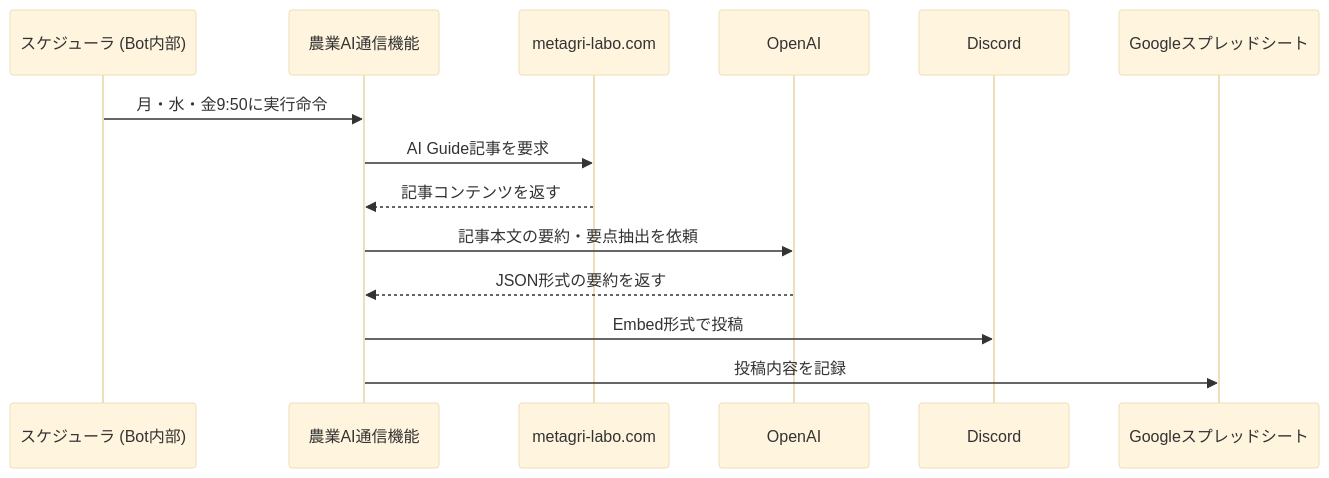
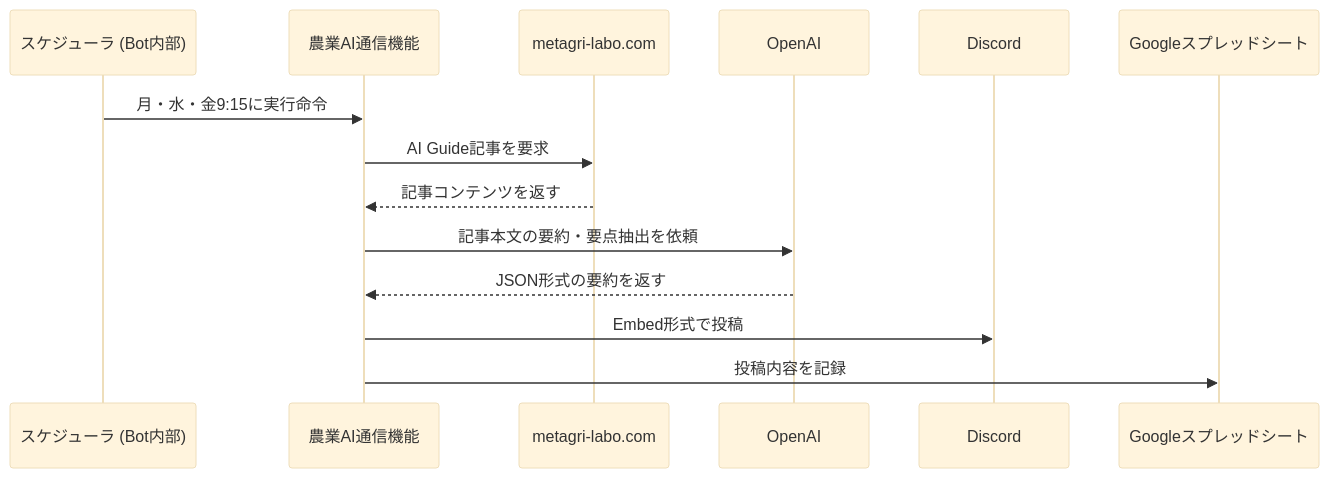
Before and after one commit to Metagri-Bot/daily-news-bot: the sixth of 9 diagrams in README.md, drawn with Mermaid (base theme). The commit also changed other lines of this file and 2 other files, not shown here.

````diff
--- a/README.md
+++ b/README.md
@@ -187,17 +187,17 @@
 ```mermaid
 sequenceDiagram
     participant Scheduler as スケジューラ (Bot内部)
     participant AIGuideTask as 農業AI通信機能
     participant MetagriSite as metagri-labo.com
     participant OpenAI
     participant Discord
     participant GoogleSheets as Googleスプレッドシート
 
-    Scheduler->>AIGuideTask: 月・水・金9:50に実行命令
+    Scheduler->>AIGuideTask: 月・水・金9:15に実行命令
     AIGuideTask->>MetagriSite: AI Guide記事を要求
     MetagriSite-->>AIGuideTask: 記事コンテンツを返す
     AIGuideTask->>OpenAI: 記事本文の要約・要点抽出を依頼
     OpenAI-->>AIGuideTask: JSON形式の要約を返す
     AIGuideTask->>Discord: Embed形式で投稿
     AIGuideTask->>GoogleSheets: 投稿内容を記録
 ```
````
